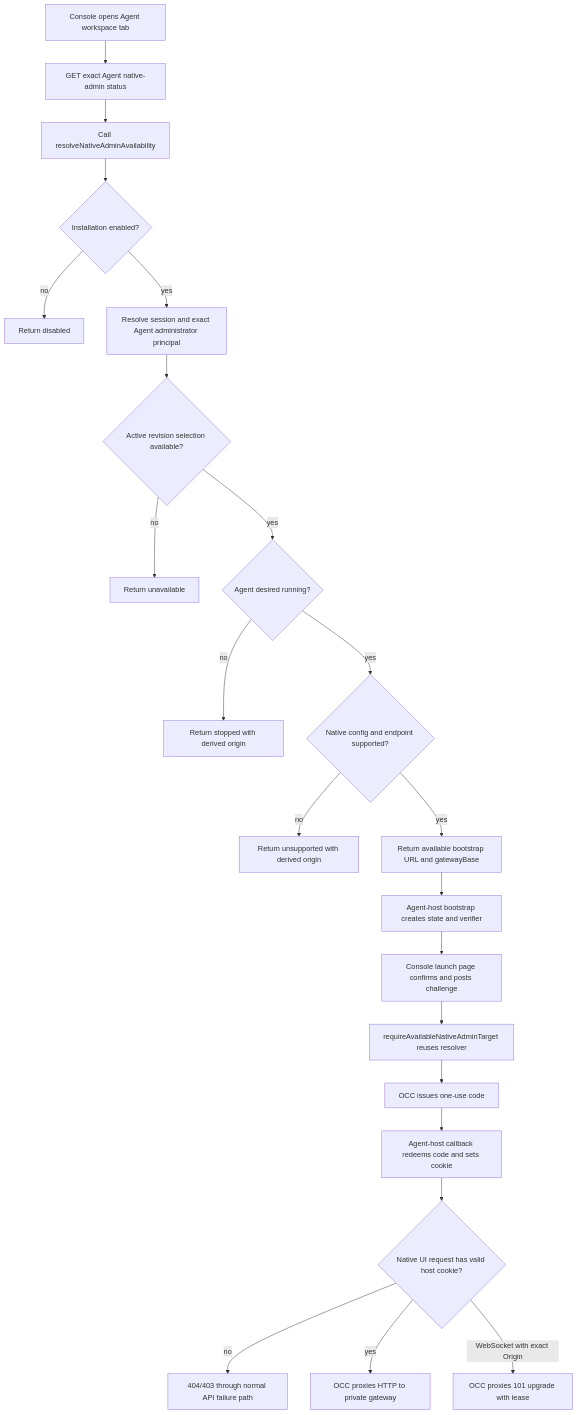
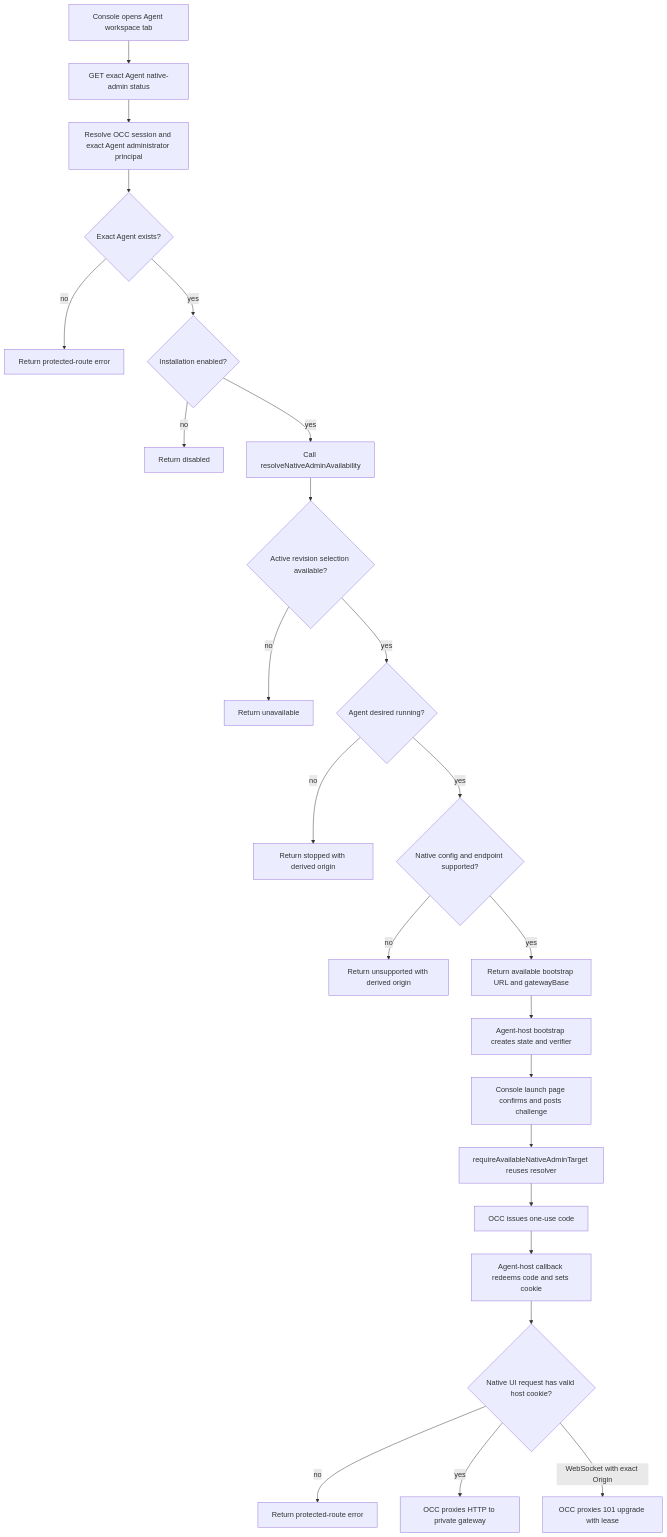
The diagram in docs/flows/agent-native-admin.md (openclaw/openclaw-enterprise), drawn with Mermaid before and after one commit. The commit also changed other lines of this file and 7 other files, not shown here.

Commit message:
fix: preserve native admin authorization and session audit evidence

````diff
--- a/docs/flows/agent-native-admin.md
+++ b/docs/flows/agent-native-admin.md
@@ -23,24 +23,26 @@
 ```mermaid
 graph TD
   A["Console opens Agent workspace tab"] --> B["GET exact Agent native-admin status"]
-  B --> C["Call resolveNativeAdminAvailability"]
-  C --> D{"Installation enabled?"}
-  D -->|no| E["Return disabled"]
-  D -->|yes| F["Resolve session and exact Agent administrator principal"]
-  F --> G{"Active revision selection available?"}
-  G -->|no| H["Return unavailable"]
-  G -->|yes| I{"Agent desired running?"}
-  I -->|no| J["Return stopped with derived origin"]
-  I -->|yes| K{"Native config and endpoint supported?"}
-  K -->|no| L["Return unsupported with derived origin"]
-  K -->|yes| M["Return available bootstrap URL and gatewayBase"]
-  M --> N["Agent-host bootstrap creates state and verifier"]
-  N --> O["Console launch page confirms and posts challenge"]
-  O --> P["requireAvailableNativeAdminTarget reuses resolver"]
-  P --> Q["OCC issues one-use code"]
-  Q --> R["Agent-host callback redeems code and sets cookie"]
-  R --> S{"Native UI request has valid host cookie?"}
-  S -->|no| T["404/403 through normal API failure path"]
-  S -->|yes| U["OCC proxies HTTP to private gateway"]
-  S -->|WebSocket with exact Origin| V["OCC proxies 101 upgrade with lease"]
+  B --> C["Resolve OCC session and exact Agent administrator principal"]
+  C --> D{"Exact Agent exists?"}
+  D -->|no| E["Return protected-route error"]
+  D -->|yes| F{"Installation enabled?"}
+  F -->|no| G["Return disabled"]
+  F -->|yes| H["Call resolveNativeAdminAvailability"]
+  H --> I{"Active revision selection available?"}
+  I -->|no| J["Return unavailable"]
+  I -->|yes| K{"Agent desired running?"}
+  K -->|no| L["Return stopped with derived origin"]
+  K -->|yes| M{"Native config and endpoint supported?"}
+  M -->|no| N["Return unsupported with derived origin"]
+  M -->|yes| O["Return available bootstrap URL and gatewayBase"]
+  O --> P["Agent-host bootstrap creates state and verifier"]
+  P --> Q["Console launch page confirms and posts challenge"]
+  Q --> R["requireAvailableNativeAdminTarget reuses resolver"]
+  R --> S["OCC issues one-use code"]
+  S --> T["Agent-host callback redeems code and sets cookie"]
+  T --> U{"Native UI request has valid host cookie?"}
+  U -->|no| V["Return protected-route error"]
+  U -->|yes| W["OCC proxies HTTP to private gateway"]
+  U -->|WebSocket with exact Origin| X["OCC proxies 101 upgrade with lease"]
 ```
````
